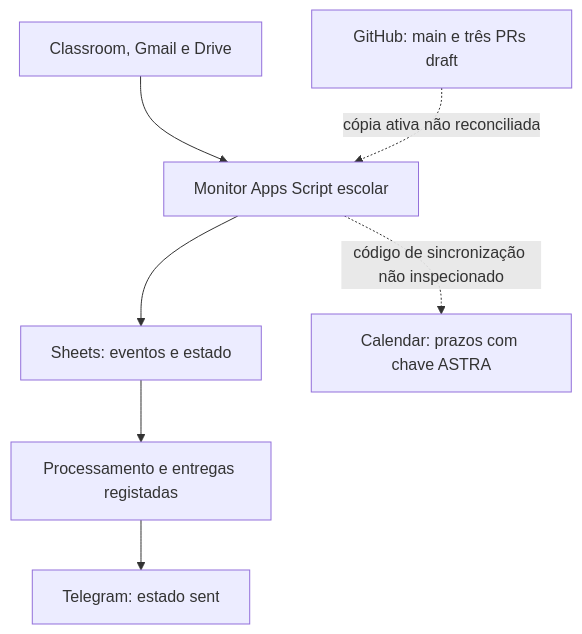
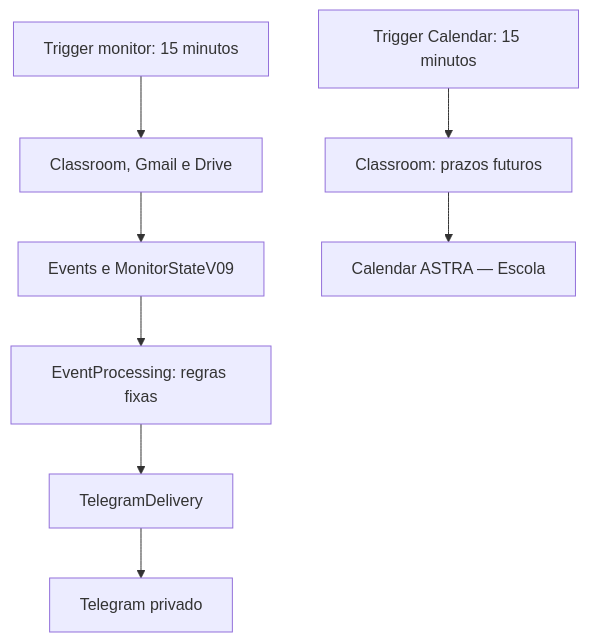
One commit to kadigo36/astra-foundation changed the diagram in docs/AUDIT_2026-11-18.md. Above: the diagram before and after it, drawn with Mermaid. The commit also changed other lines of this file and 16 other files, not shown here.

Commit message:
Audit live school Apps Script and stage tested Telegram guard and Gmail preview

````diff
--- a/docs/AUDIT_2026-11-18.md
+++ b/docs/AUDIT_2026-11-18.md
@@ -43,9 +49,10 @@
 ```mermaid
 flowchart TD
-  G["Classroom, Gmail e Drive"] --> M["Monitor Apps Script escolar"]
-  M --> S["Sheets: eventos e estado"]
-  S --> P["Processamento e entregas registadas"]
-  P --> T["Telegram: estado sent"]
-  M -. "código de sincronização não inspecionado" .-> C["Calendar: prazos com chave ASTRA"]
-  R["GitHub: main e três PRs draft"] -. "cópia ativa não reconciliada" .-> M
+  T["Trigger monitor: 15 minutos"] --> M["Classroom, Gmail e Drive"]
+  M --> S["Events e MonitorStateV09"]
+  S --> P["EventProcessing: regras fixas"]
+  P --> Q["TelegramDelivery"]
+  Q --> N["Telegram privado"]
+  C["Trigger Calendar: 15 minutos"] --> W["Classroom: prazos futuros"]
+  W --> A["Calendar ASTRA — Escola"]
 ```
````
